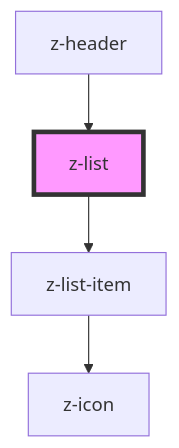
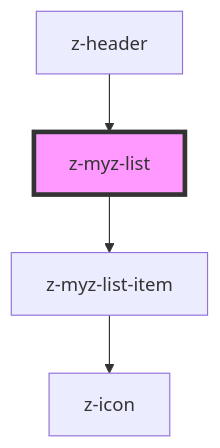
The diagram in src/snowflakes/myz/list/z-myz-list/readme.md (ZanichelliEditore/design-system), drawn with Mermaid before and after one commit. The commit also changed other lines of this file and 7 other files, not shown here.

````diff
--- a/src/snowflakes/myz/list/z-myz-list/readme.md
+++ b/src/snowflakes/myz/list/z-myz-list/readme.md
@@ -32,7 +33,7 @@
 ```mermaid
 graph TD;
-  z-list --> z-list-item
-  z-list-item --> z-icon
-  z-header --> z-list
-  style z-list fill:#f9f,stroke:#333,stroke-width:4px
+  z-myz-list --> z-myz-list-item
+  z-myz-list-item --> z-icon
+  z-header --> z-myz-list
+  style z-myz-list fill:#f9f,stroke:#333,stroke-width:4px
 ```
````
